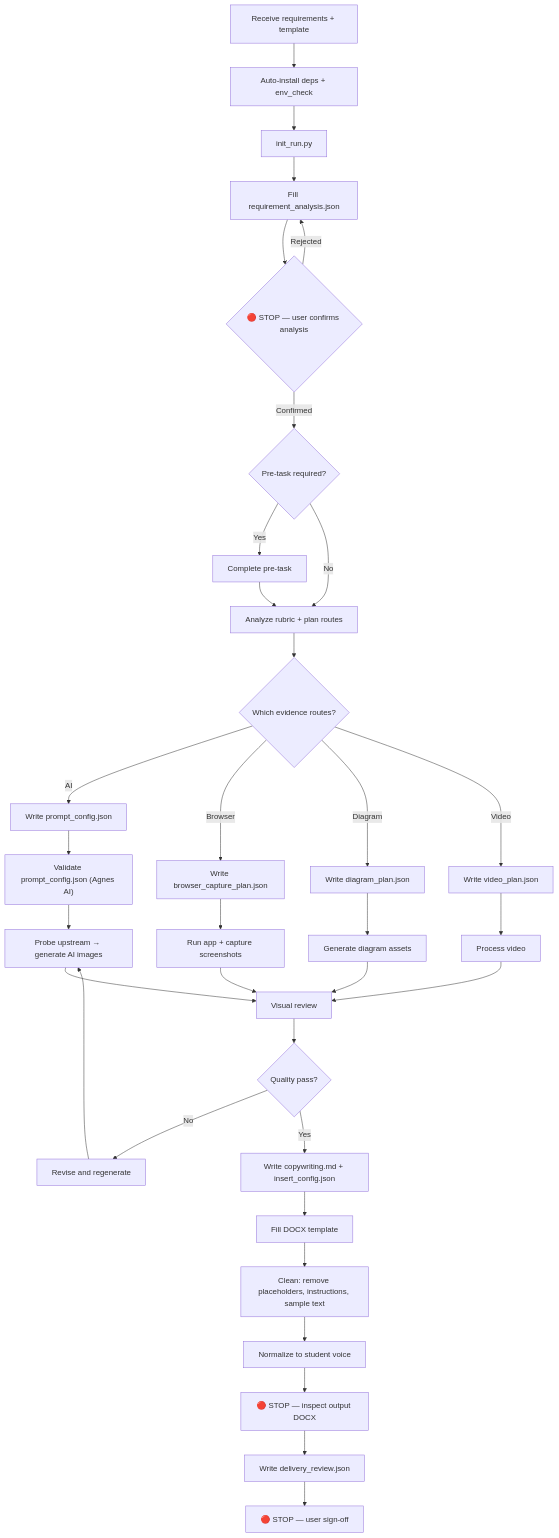
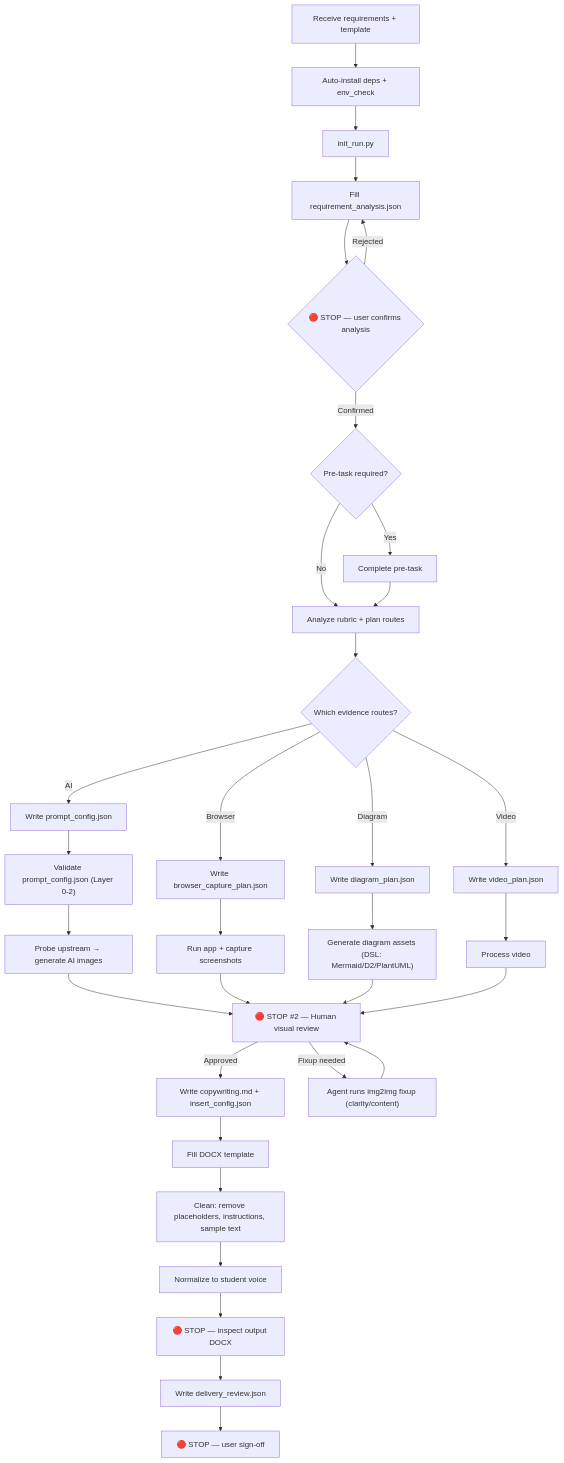
The diagram in SKILL.md (qiuy-collab/AutoFlow.skill), drawn with Mermaid before and after one commit. The commit also changed other lines of this file and 18 other files, not shown here.

First line of the commit message:
refactor: auto-lab 图片生成6大改造

````diff
--- a/SKILL.md
+++ b/SKILL.md
@@ -260,36 +249,35 @@
 ```mermaid
 flowchart TD
     A["Receive requirements + template"] --> B["Auto-install deps + env_check"]
     B --> C["init_run.py"]
     C --> D["Fill requirement_analysis.json"]
     D --> E{"🔴 STOP — user confirms analysis"}
     E -->|Confirmed| F{"Pre-task required?"}
     E -->|Rejected| D
     F -->|Yes| G["Complete pre-task"]
     F -->|No| H["Analyze rubric + plan routes"]
     G --> H
     H --> I{"Which evidence routes?"}
     I -->|AI| J["Write prompt_config.json"]
     I -->|Browser| K["Write browser_capture_plan.json"]
     I -->|Diagram| L["Write diagram_plan.json"]
     I -->|Video| M["Write video_plan.json"]
-    J --> N0["Validate prompt_config.json (Agnes AI)"]
+    J --> N0["Validate prompt_config.json (Layer 0-2)"]
     N0 --> N["Probe upstream → generate AI images"]
     K --> O["Run app + capture screenshots"]
-    L --> P["Generate diagram assets"]
+    L --> P["Generate diagram assets (DSL: Mermaid/D2/PlantUML)"]
     M --> Q["Process video"]
-    N --> R["Visual review"]
+    N --> R["🔴 STOP #2 — Human visual review"]
     O --> R
     P --> R
     Q --> R
-    R --> S{"Quality pass?"}
-    S -->|No| T["Revise and regenerate"]
-    T --> N
-    S -->|Yes| U["Write copywriting.md + insert_config.json"]
+    R -->|Approved| U["Write copywriting.md + insert_config.json"]
+    R -->|Fixup needed| T["Agent runs img2img fixup (clarity/content)"]
+    T --> R
     U --> V["Fill DOCX template"]
     V --> W["Clean: remove placeholders, instructions, sample text"]
     W --> X["Normalize to student voice"]
     X --> Y["🔴 STOP — inspect output DOCX"]
     Y --> Z["Write delivery_review.json"]
     Z --> AA["🔴 STOP — user sign-off"]
 ```
````
